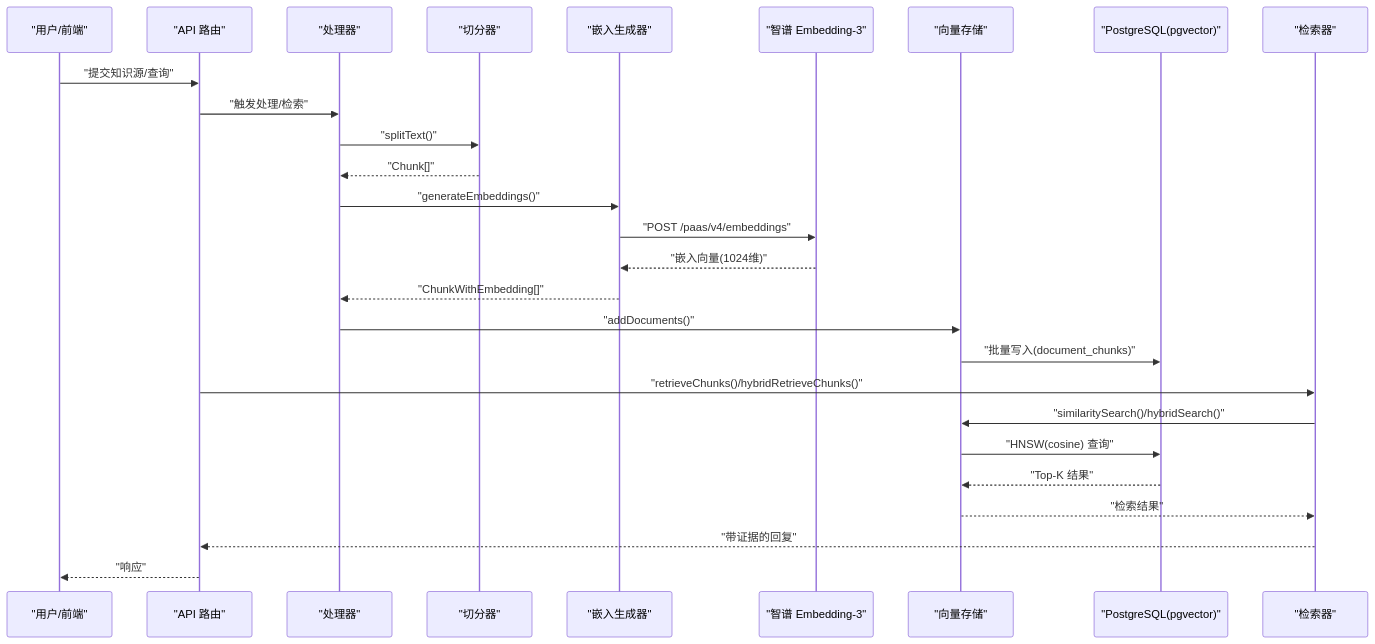
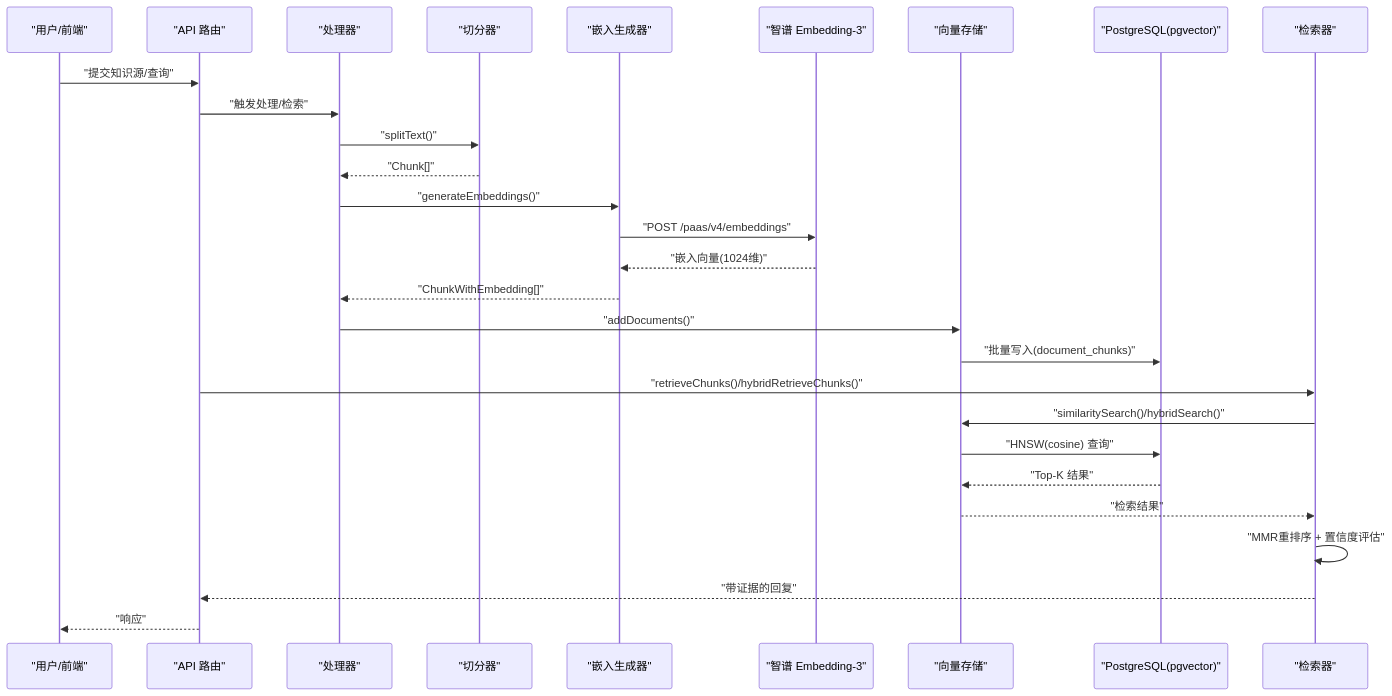
One commit to lbl-bm/notebookLM-clone changed the second of 5 diagrams in .qoder/repowiki/zh/content/项目概述/核心功能/向量检索引擎/向量嵌入算法.md. Above: the diagram before and after it, drawn with Mermaid. The commit also changed other lines of this file and 13 other files, not shown here.

````diff
--- a/.qoder/repowiki/zh/content/项目概述/核心功能/向量检索引擎/向量嵌入算法.md
+++ b/.qoder/repowiki/zh/content/项目概述/核心功能/向量检索引擎/向量嵌入算法.md
@@ -104,29 +112,30 @@
 ```mermaid
 sequenceDiagram
 participant U as "用户/前端"
 participant API as "API 路由"
 participant PROC as "处理器"
 participant SPLIT as "切分器"
 participant EMB as "嵌入生成器"
 participant ZP as "智谱 Embedding-3"
 participant VS as "向量存储"
 participant DB as "PostgreSQL(pgvector)"
 participant RET as "检索器"
 U->>API : "提交知识源/查询"
 API->>PROC : "触发处理/检索"
 PROC->>SPLIT : "splitText()"
 SPLIT-->>PROC : "Chunk[]"
 PROC->>EMB : "generateEmbeddings()"
 EMB->>ZP : "POST /paas/v4/embeddings"
 ZP-->>EMB : "嵌入向量(1024维)"
 EMB-->>PROC : "ChunkWithEmbedding[]"
 PROC->>VS : "addDocuments()"
 VS->>DB : "批量写入(document_chunks)"
 API->>RET : "retrieveChunks()/hybridRetrieveChunks()"
 RET->>VS : "similaritySearch()/hybridSearch()"
 VS->>DB : "HNSW(cosine) 查询"
 DB-->>VS : "Top-K 结果"
 VS-->>RET : "检索结果"
+RET->>RET : "MMR重排序 + 置信度评估"
 RET-->>API : "带证据的回复"
 API-->>U : "响应"
 ```
````
